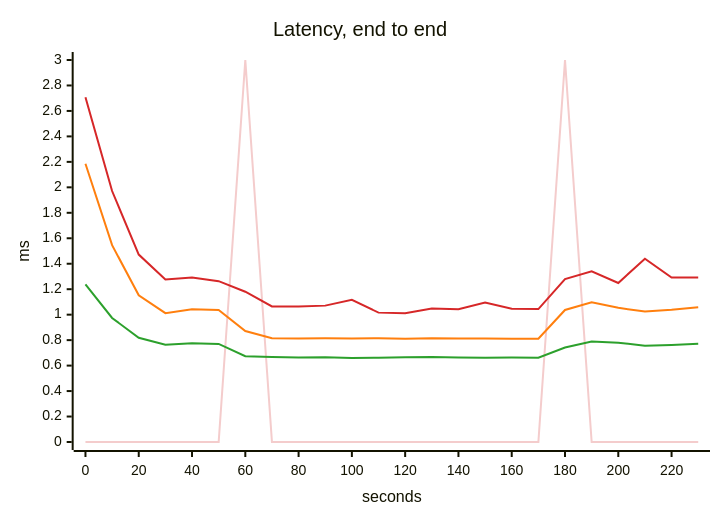
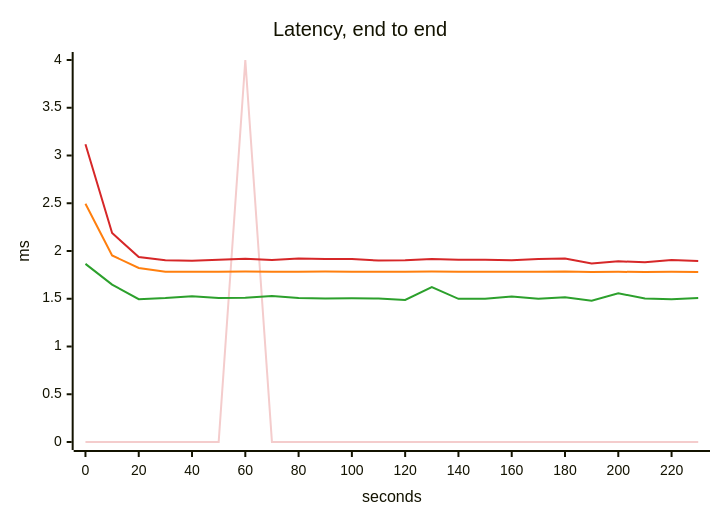
Before and after one commit to akinfemi/load-lore: the third of 5 diagrams in scenarios/slow-disk/solutions/async-commit/report.md, drawn with Mermaid. The commit also changed other lines of this file and 71 other files, not shown here.

````diff
--- a/scenarios/slow-disk/solutions/async-commit/report.md
+++ b/scenarios/slow-disk/solutions/async-commit/report.md
@@ -55,17 +55,17 @@
 ```mermaid
 ---
 config:
   themeVariables:
     xyChart:
       backgroundColor: "transparent"
       plotColorPalette: "#f4cccc, #2ca02c, #ff7f0e, #d62728"
 ---
 xychart-beta
     title "Latency, end to end"
     x-axis "seconds" 0 --> 230
-    y-axis "ms" 0 --> 3
-    line [0, 0, 0, 0, 0, 0, 3, 0, 0, 0, 0, 0, 0, 0, 0, 0, 0, 0, 3, 0, 0, 0, 0, 0]
-    line [1.238, 0.974, 0.818, 0.764, 0.776, 0.77, 0.674, 0.667, 0.664, 0.666, 0.66, 0.662, 0.666, 0.667, 0.663, 0.662, 0.664, 0.662, 0.742, 0.79, 0.78, 0.756, 0.762, 0.772]
-    line [2.185, 1.546, 1.152, 1.012, 1.042, 1.037, 0.872, 0.815, 0.813, 0.814, 0.812, 0.815, 0.81, 0.815, 0.812, 0.812, 0.811, 0.811, 1.037, 1.098, 1.054, 1.024, 1.038, 1.058]
-    line [2.707, 1.971, 1.472, 1.276, 1.292, 1.263, 1.18, 1.065, 1.064, 1.071, 1.116, 1.016, 1.011, 1.048, 1.043, 1.096, 1.046, 1.044, 1.28, 1.341, 1.249, 1.439, 1.292, 1.291]
+    y-axis "ms" 0 --> 4
+    line [0, 0, 0, 0, 0, 0, 4, 0, 0, 0, 0, 0, 0, 0, 0, 0, 0, 0, 0, 0, 0, 0, 0, 0]
+    line [1.865, 1.648, 1.495, 1.507, 1.527, 1.509, 1.511, 1.53, 1.507, 1.502, 1.504, 1.502, 1.488, 1.621, 1.499, 1.5, 1.523, 1.499, 1.515, 1.48, 1.557, 1.502, 1.496, 1.508]
+    line [2.494, 1.953, 1.822, 1.783, 1.782, 1.783, 1.786, 1.783, 1.784, 1.785, 1.784, 1.783, 1.782, 1.785, 1.783, 1.783, 1.783, 1.784, 1.785, 1.779, 1.782, 1.78, 1.782, 1.781]
+    line [3.117, 2.189, 1.936, 1.903, 1.899, 1.908, 1.92, 1.905, 1.922, 1.916, 1.915, 1.9, 1.902, 1.916, 1.909, 1.908, 1.904, 1.915, 1.922, 1.868, 1.893, 1.881, 1.906, 1.895]
 ```
````
